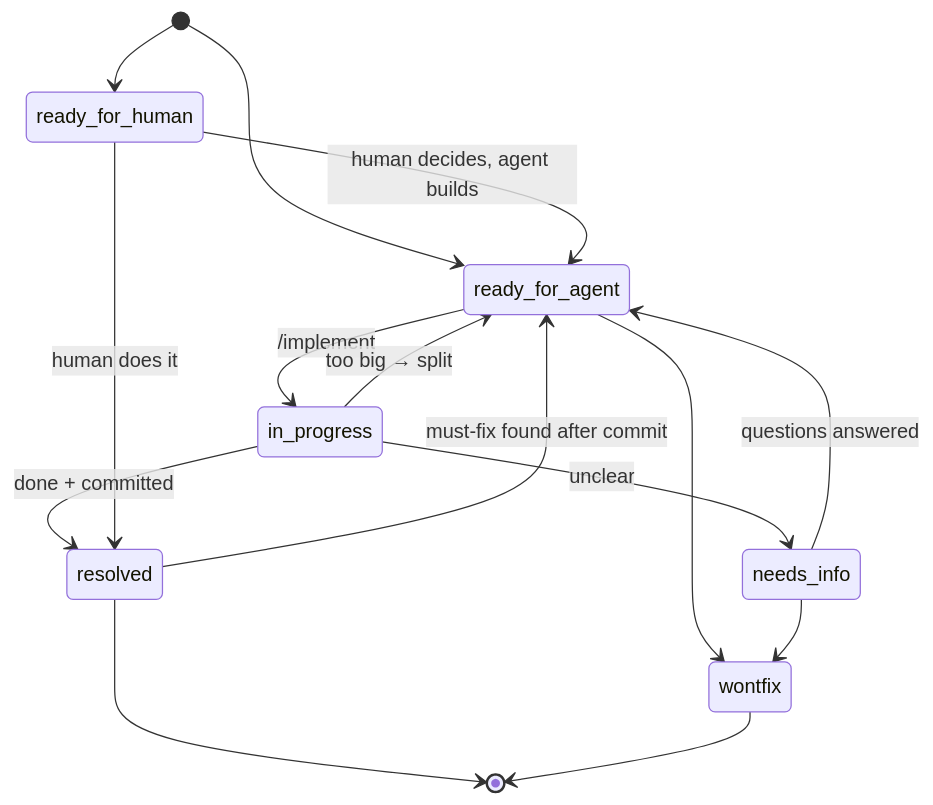
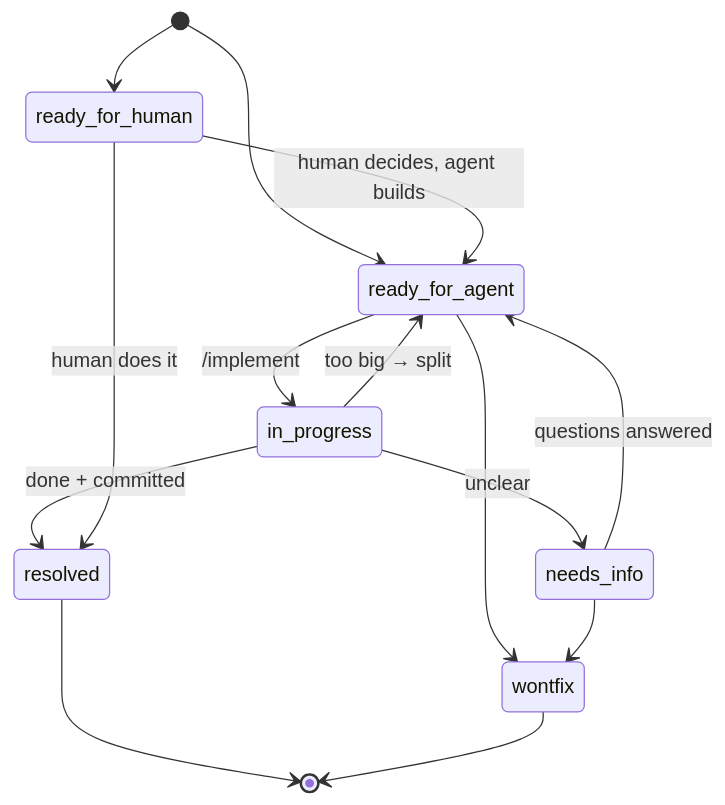
The diagram in plugins/odhyp/templates/TICKET-FORMAT.md (odhyp/skills), drawn with Mermaid before and after one commit. The commit also changed other lines of this file and 5 other files, not shown here.

````diff
--- a/plugins/odhyp/templates/TICKET-FORMAT.md
+++ b/plugins/odhyp/templates/TICKET-FORMAT.md
@@ -63,17 +63,16 @@
 ```mermaid
 stateDiagram-v2
     [*] --> ready_for_agent
     [*] --> ready_for_human
     ready_for_agent --> in_progress: /implement
     in_progress --> resolved: done + committed
     in_progress --> needs_info: unclear
     in_progress --> ready_for_agent: too big → split
     needs_info --> ready_for_agent: questions answered
     ready_for_human --> resolved: human does it
     ready_for_human --> ready_for_agent: human decides, agent builds
-    resolved --> ready_for_agent: must-fix found after commit
     ready_for_agent --> wontfix
     needs_info --> wontfix
     resolved --> [*]
     wontfix --> [*]
 ```
````
